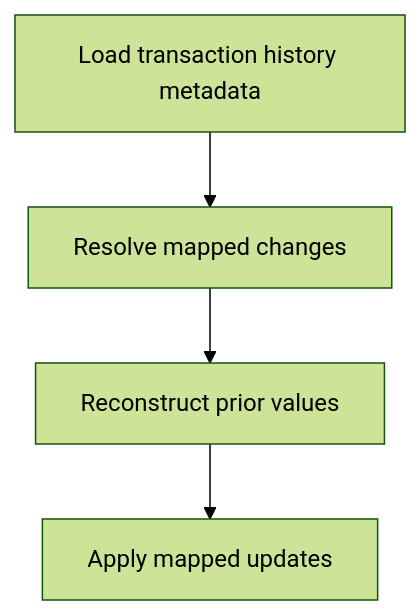
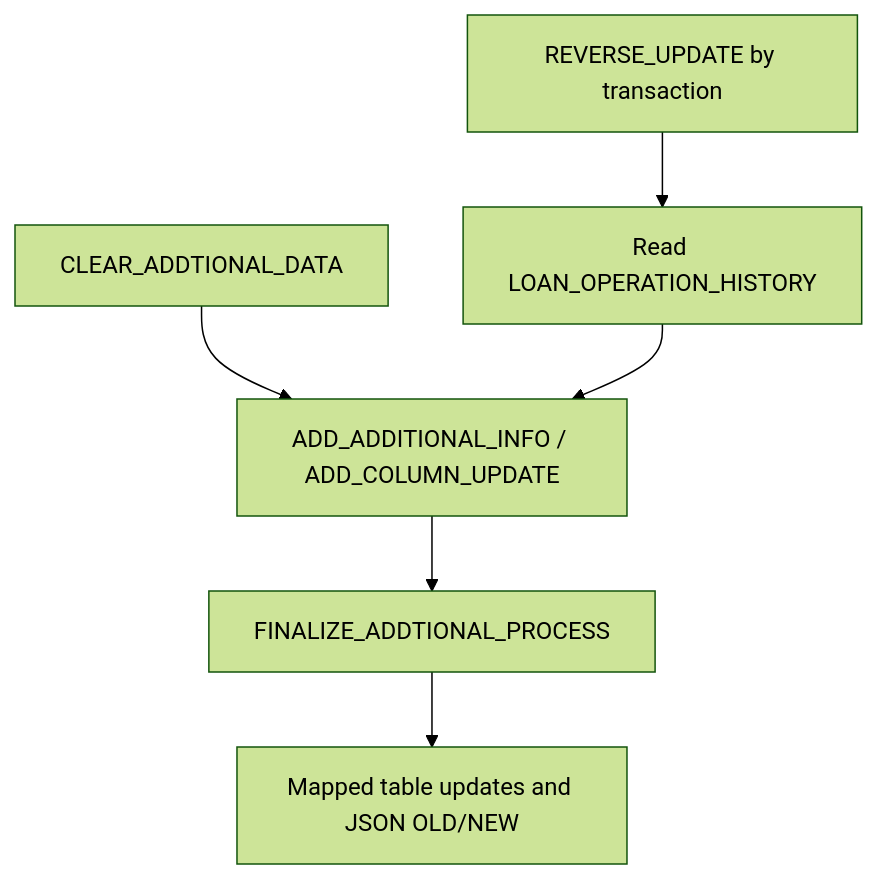
The third of 3 diagrams in docs/workflows.md (SadayCb/gni-documentation-poc7.0), drawn with Mermaid (forest theme) before and after one commit. The commit also changed other lines of this file, not shown here.

````diff
--- a/docs/workflows.md
+++ b/docs/workflows.md
@@ -63,6 +47,8 @@
 ```mermaid
 flowchart TD
- A[Load transaction history metadata] --> B[Resolve mapped changes]
- B --> C[Reconstruct prior values]
- C --> D[Apply mapped updates]
+  A[CLEAR_ADDTIONAL_DATA] --> B[ADD_ADDITIONAL_INFO / ADD_COLUMN_UPDATE]
+  B --> C[FINALIZE_ADDTIONAL_PROCESS]
+  C --> D[Mapped table updates and JSON OLD/NEW]
+  E[REVERSE_UPDATE by transaction] --> F[Read LOAN_OPERATION_HISTORY]
+  F --> B
 ```
````
